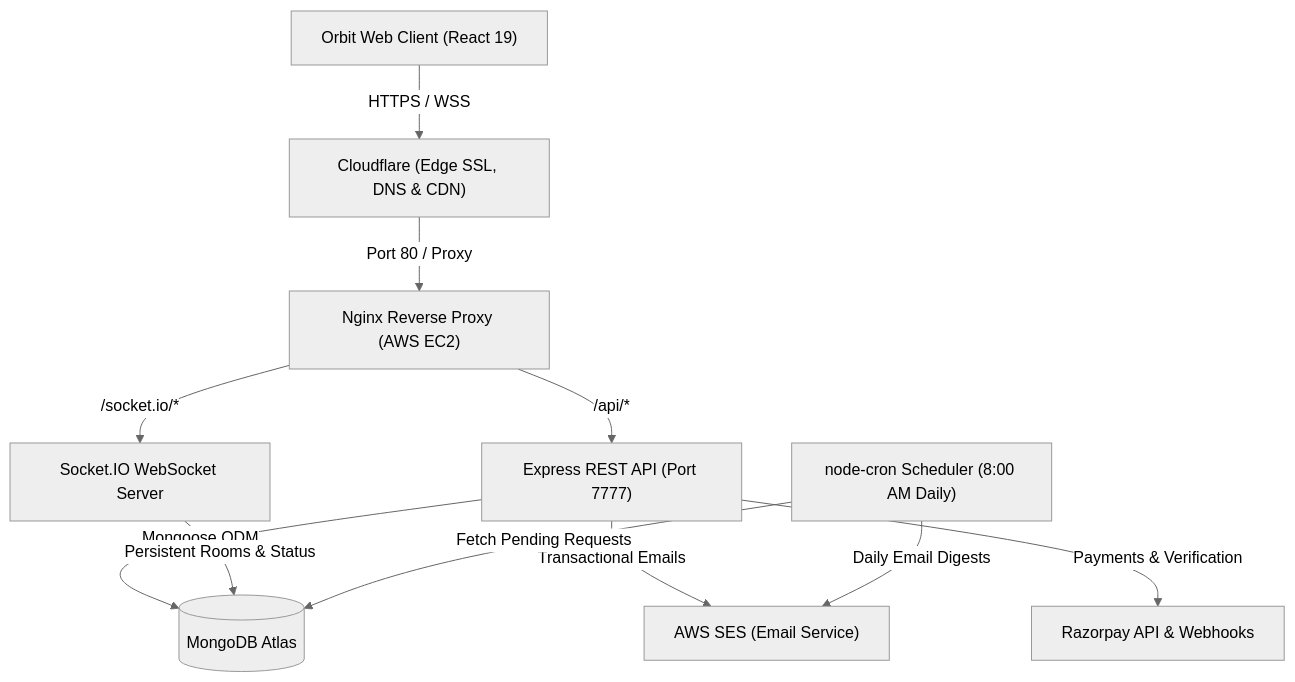
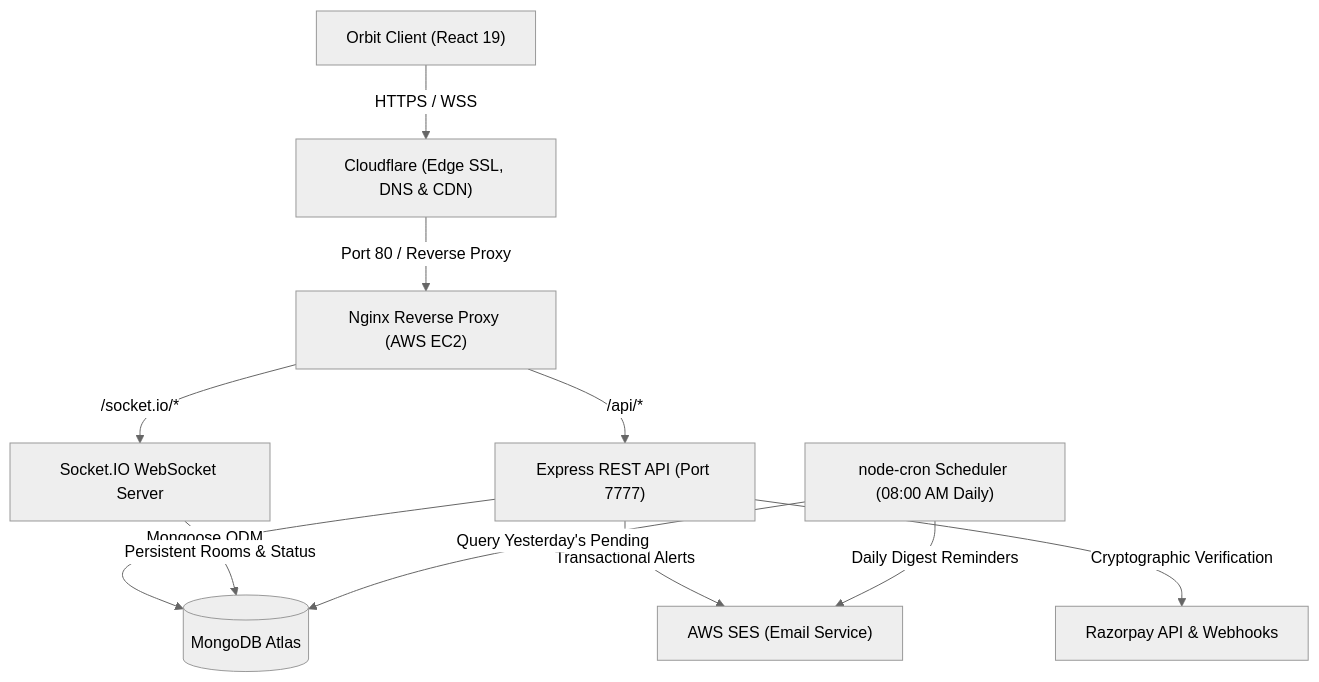
One commit to the-ajay-panigrahi/orbit-backend changed the diagram in README.md. Above: the diagram before and after it, drawn with Mermaid (neutral theme). The commit also changed other lines of this file and 14 other files, not shown here.

````diff
--- a/README.md
+++ b/README.md
@@ -18,23 +16,23 @@
 ```mermaid
 flowchart TD
-    Client["Orbit Web Client (React 19)"]
+    Client["Orbit Client (React 19)"]
     Cloudflare["Cloudflare (Edge SSL, DNS & CDN)"]
     Nginx["Nginx Reverse Proxy (AWS EC2)"]
     Express["Express REST API (Port 7777)"]
     SocketServer["Socket.IO WebSocket Server"]
-    CronWorker["node-cron Scheduler (8:00 AM Daily)"]
+    CronWorker["node-cron Scheduler (08:00 AM Daily)"]
     MongoDB[("MongoDB Atlas")]
     SES["AWS SES (Email Service)"]
     Razorpay["Razorpay API & Webhooks"]
 
     Client -->|HTTPS / WSS| Cloudflare
-    Cloudflare -->|Port 80 / Proxy| Nginx
+    Cloudflare -->|Port 80 / Reverse Proxy| Nginx
     Nginx -->|/api/*| Express
     Nginx -->|/socket.io/*| SocketServer
     Express -->|Mongoose ODM| MongoDB
-    Express -->|Transactional Emails| SES
-    Express -->|Payments & Verification| Razorpay
+    Express -->|Transactional Alerts| SES
+    Express -->|Cryptographic Verification| Razorpay
     SocketServer -->|Persistent Rooms & Status| MongoDB
-    CronWorker -->|Fetch Pending Requests| MongoDB
-    CronWorker -->|Daily Email Digests| SES
+    CronWorker -->|Query Yesterday's Pending| MongoDB
+    CronWorker -->|Daily Digest Reminders| SES
 ```
````
